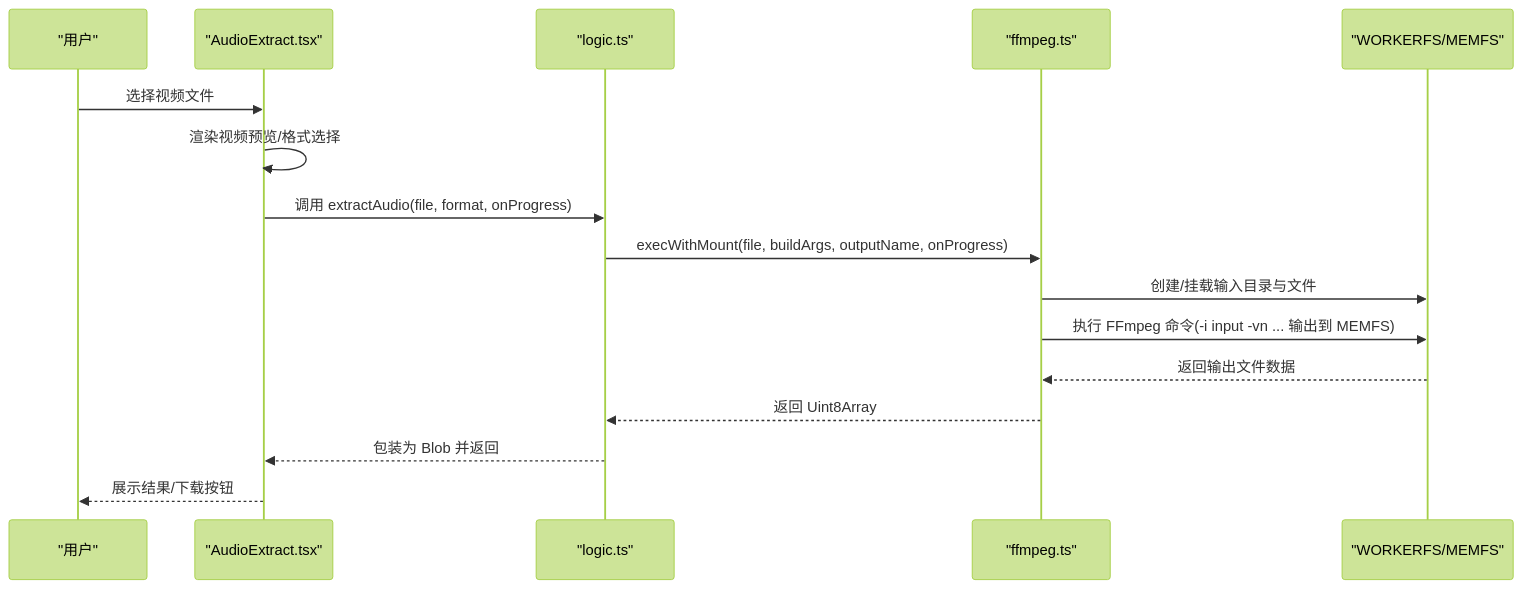
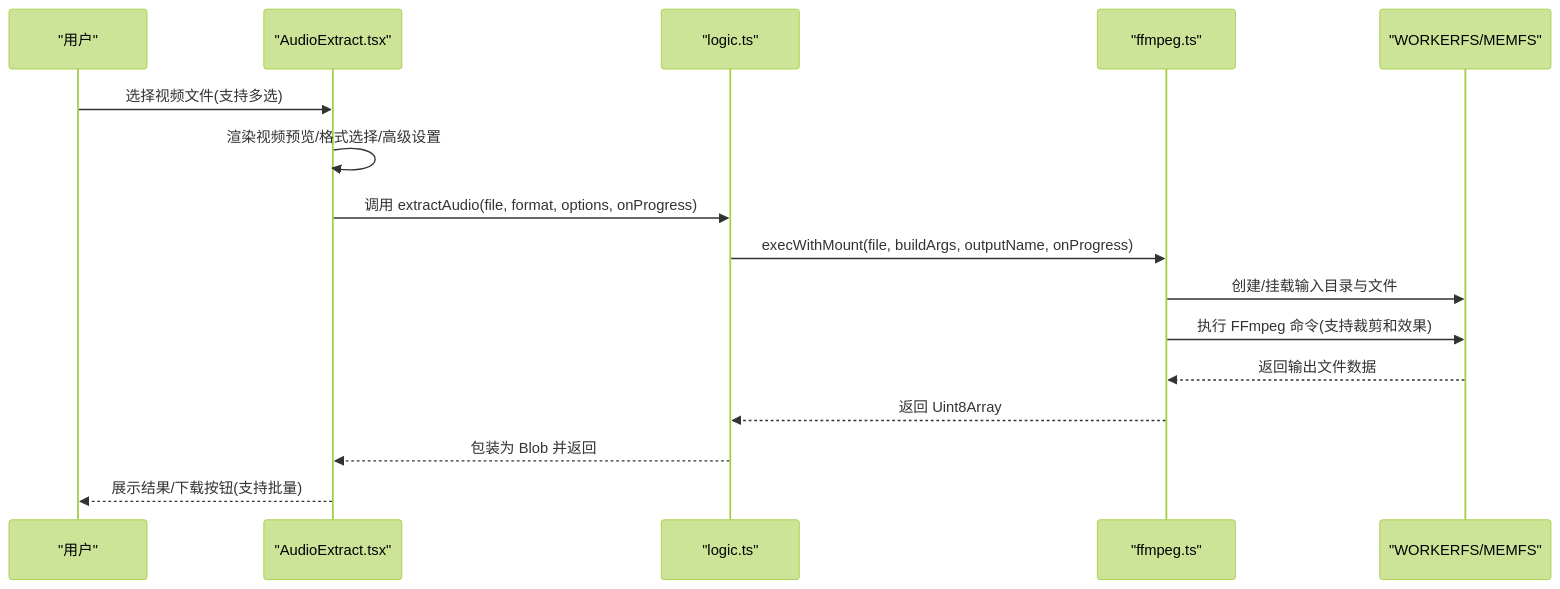
One commit to sgyy/privadeck changed the second of 5 diagrams in .qoder/repowiki/zh/content/音频工具/音频提取.md. Above: the diagram before and after it, drawn with Mermaid (forest theme). The commit also changed other lines of this file and 48 other files, not shown here.

````diff
--- a/.qoder/repowiki/zh/content/音频工具/音频提取.md
+++ b/.qoder/repowiki/zh/content/音频工具/音频提取.md
@@ -91,18 +111,18 @@
 ```mermaid
 sequenceDiagram
 participant U as "用户"
 participant UI as "AudioExtract.tsx"
 participant LOG as "logic.ts"
 participant FFM as "ffmpeg.ts"
 participant FS as "WORKERFS/MEMFS"
-U->>UI : 选择视频文件
-UI->>UI : 渲染视频预览/格式选择
-UI->>LOG : 调用 extractAudio(file, format, onProgress)
+U->>UI : 选择视频文件(支持多选)
+UI->>UI : 渲染视频预览/格式选择/高级设置
+UI->>LOG : 调用 extractAudio(file, format, options, onProgress)
 LOG->>FFM : execWithMount(file, buildArgs, outputName, onProgress)
 FFM->>FS : 创建/挂载输入目录与文件
-FFM->>FS : 执行 FFmpeg 命令(-i input -vn ... 输出到 MEMFS)
+FFM->>FS : 执行 FFmpeg 命令(支持裁剪和效果)
 FS-->>FFM : 返回输出文件数据
 FFM-->>LOG : 返回 Uint8Array
 LOG-->>UI : 包装为 Blob 并返回
-UI-->>U : 展示结果/下载按钮
+UI-->>U : 展示结果/下载按钮(支持批量)
 ```
````
